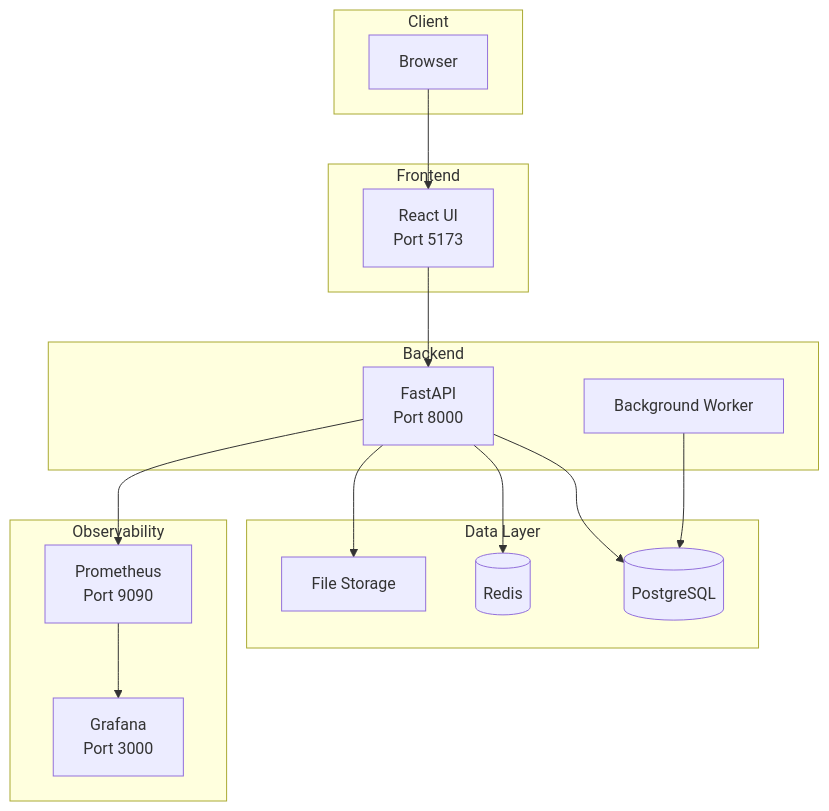
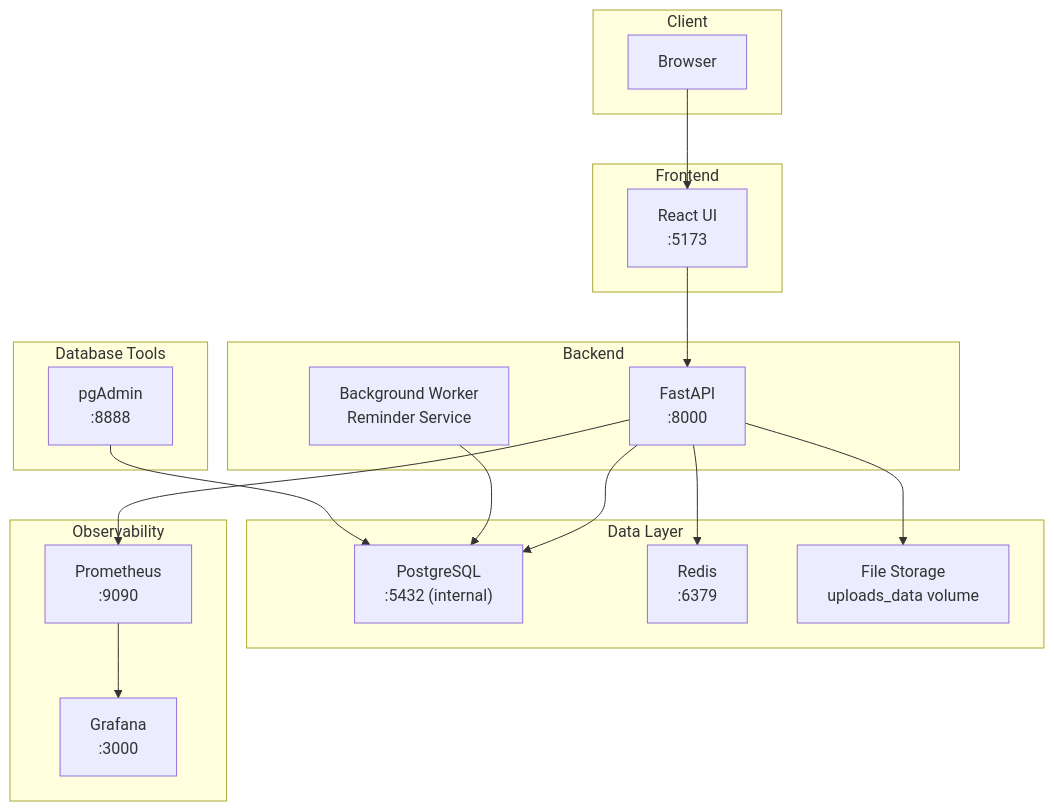
One commit to michaelwybraniec/deepsee changed the diagram in README.md. Above: the diagram before and after it, drawn with Mermaid. The commit also changed other lines of this file and 17 other files, not shown here.

First line of the commit message:
docs: enhance architecture diagram and fix markdown linting

````diff
--- a/README.md
+++ b/README.md
@@ -32,35 +32,40 @@
 ```mermaid
 graph TB
     subgraph "Client"
         Browser[Browser]
     end
     
     subgraph "Frontend"
-        React[React UI<br/>Port 5173]
+        React["React UI<br/>:5173"]
     end
     
     subgraph "Backend"
-        API[FastAPI<br/>Port 8000]
-        Worker[Background Worker]
+        API["FastAPI<br/>:8000"]
+        Worker["Background Worker<br/>Reminder Service"]
     end
     
     subgraph "Data Layer"
-        DB[(PostgreSQL)]
-        Redis[(Redis)]
-        Storage[File Storage]
+        DB["PostgreSQL<br/>:5432 (internal)"]
+        Redis["Redis<br/>:6379"]
+        Storage["File Storage<br/>uploads_data volume"]
     end
     
     subgraph "Observability"
-        Prometheus[Prometheus<br/>Port 9090]
-        Grafana[Grafana<br/>Port 3000]
+        Prometheus["Prometheus<br/>:9090"]
+        Grafana["Grafana<br/>:3000"]
+    end
+    
+    subgraph "Database Tools"
+        pgAdmin["pgAdmin<br/>:8888"]
     end
     
     Browser --> React
     React --> API
     API --> DB
     API --> Redis
     API --> Storage
     Worker --> DB
     API --> Prometheus
     Prometheus --> Grafana
+    pgAdmin --> DB
 ```
````
